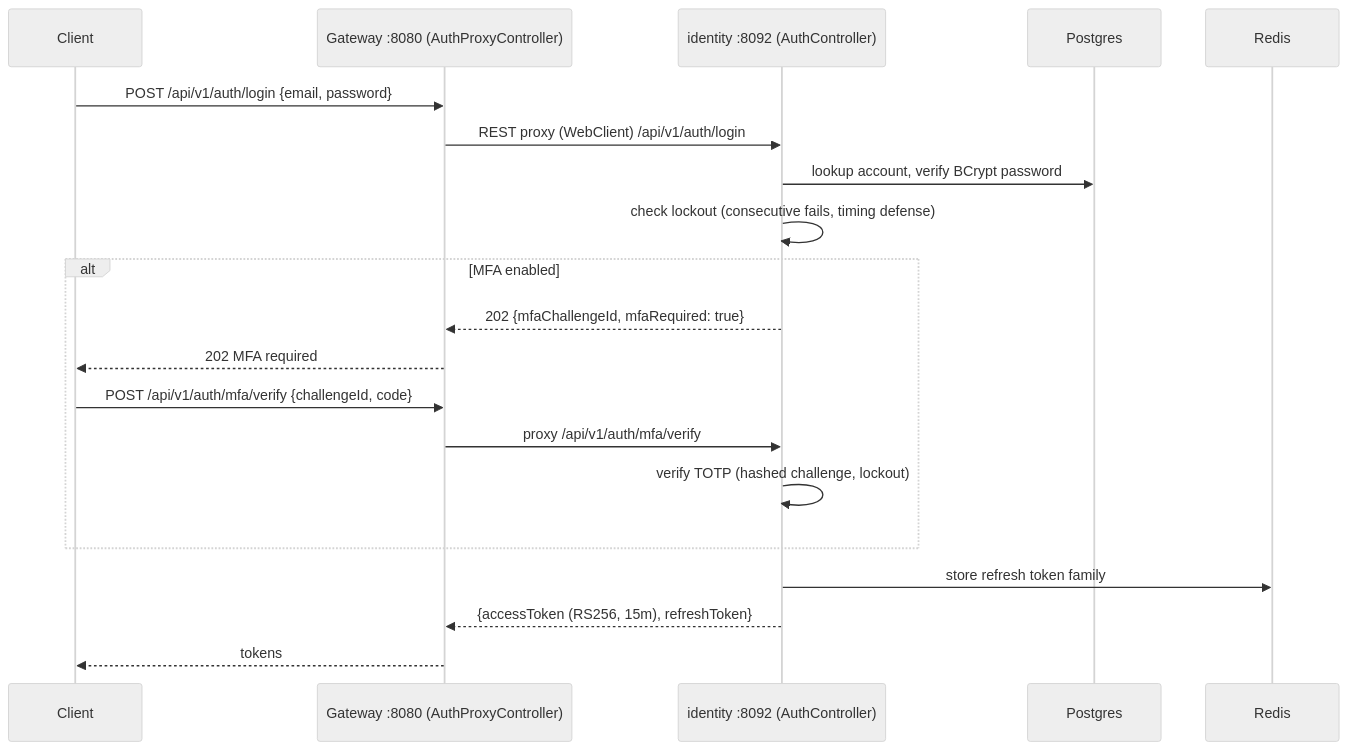
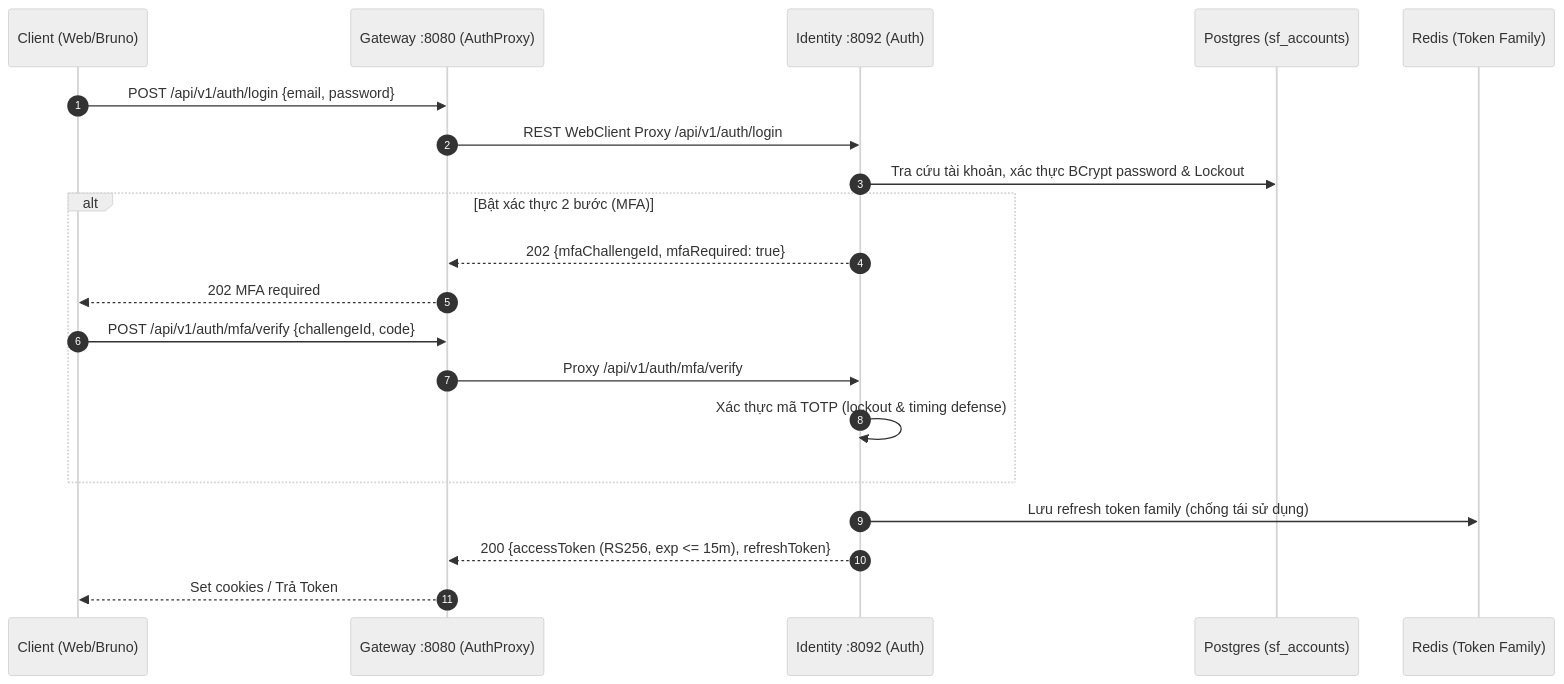
One commit to hatrongvu13/smartfarm-platform-maven-starter changed the first of 5 diagrams in docs/architecture/request-flows.md. Above: the diagram before and after it, drawn with Mermaid (neutral theme). The commit also changed other lines of this file and 16 other files, not shown here.

````diff
--- a/docs/architecture/request-flows.md
+++ b/docs/architecture/request-flows.md
@@ -7,22 +10,23 @@
 ```mermaid
 sequenceDiagram
-  participant C as Client
-  participant GW as Gateway :8080 (AuthProxyController)
-  participant ID as identity :8092 (AuthController)
-  participant PG as Postgres
-  participant REDIS as Redis
+  autonumber
+  participant C as Client (Web/Bruno)
+  participant GW as Gateway :8080 (AuthProxy)
+  participant ID as Identity :8092 (Auth)
+  participant PG as Postgres (sf_accounts)
+  participant REDIS as Redis (Token Family)
+
   C->>GW: POST /api/v1/auth/login {email, password}
-  GW->>ID: REST proxy (WebClient) /api/v1/auth/login
-  ID->>PG: lookup account, verify BCrypt password
-  ID->>ID: check lockout (consecutive fails, timing defense)
-  alt MFA enabled
+  GW->>ID: REST WebClient Proxy /api/v1/auth/login
+  ID->>PG: Tra cứu tài khoản, xác thực BCrypt password & Lockout
+  alt Bật xác thực 2 bước (MFA)
     ID-->>GW: 202 {mfaChallengeId, mfaRequired: true}
     GW-->>C: 202 MFA required
     C->>GW: POST /api/v1/auth/mfa/verify {challengeId, code}
-    GW->>ID: proxy /api/v1/auth/mfa/verify
-    ID->>ID: verify TOTP (hashed challenge, lockout)
+    GW->>ID: Proxy /api/v1/auth/mfa/verify
+    ID->>ID: Xác thực mã TOTP (lockout & timing defense)
   end
-  ID->>REDIS: store refresh token family
-  ID-->>GW: {accessToken (RS256, 15m), refreshToken}
-  GW-->>C: tokens
+  ID->>REDIS: Lưu refresh token family (chống tái sử dụng)
+  ID-->>GW: 200 {accessToken (RS256, exp <= 15m), refreshToken}
+  GW-->>C: Set cookies / Trả Token
 ```
````
